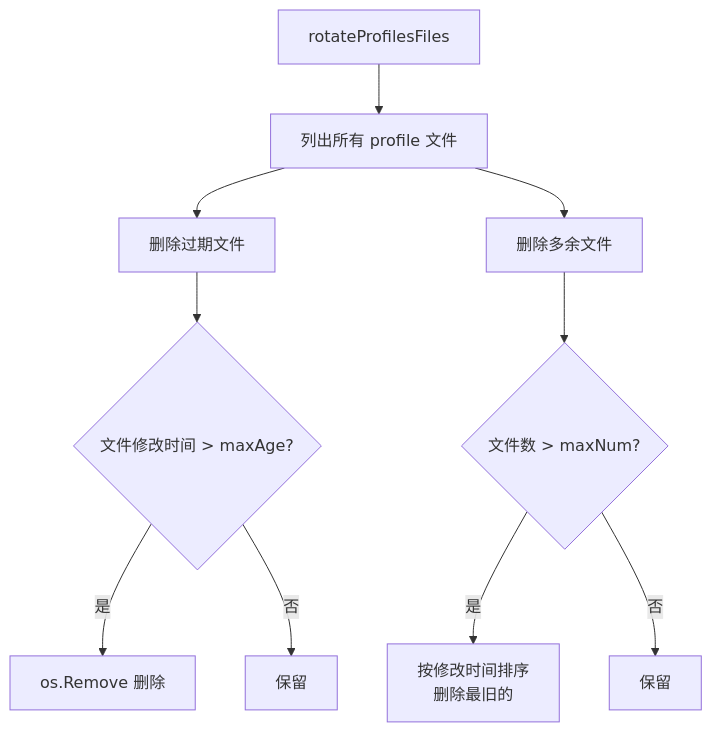
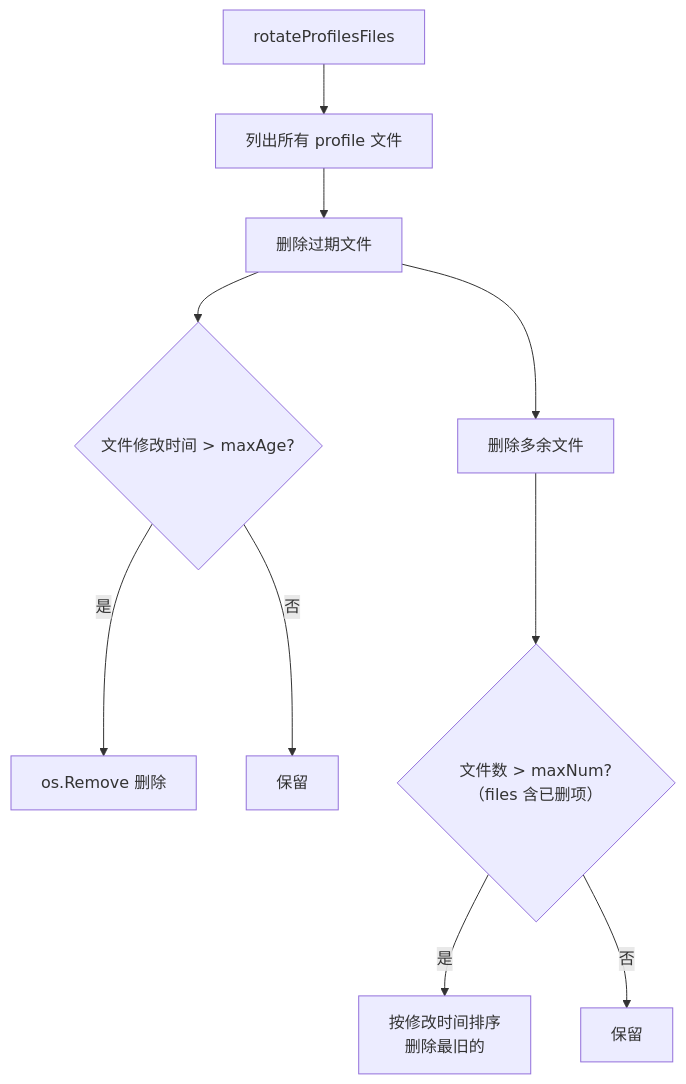
One commit to stefanv5/openGemini changed the sixth of 8 diagrams in docs/specs/37_sherlock_profiler_spec.md. Above: the diagram before and after it, drawn with Mermaid. The commit also changed other lines of this file and 37 other files, not shown here.

````diff
--- a/docs/specs/37_sherlock_profiler_spec.md
+++ b/docs/specs/37_sherlock_profiler_spec.md
@@ -809,12 +870,12 @@
 ```mermaid
 flowchart TD
     A[rotateProfilesFiles] --> B[列出所有 profile 文件]
     B --> C[删除过期文件]
     C --> D{文件修改时间 > maxAge?}
     D -->|是| E[os.Remove 删除]
     D -->|否| F[保留]
-    B --> G[删除多余文件]
-    G --> H{文件数 > maxNum?}
+    C --> G[删除多余文件]
+    G --> H{"文件数 > maxNum?（files 含已删项）"}
     H -->|是| I[按修改时间排序<br/>删除最旧的]
     H -->|否| J[保留]
 ```
````
